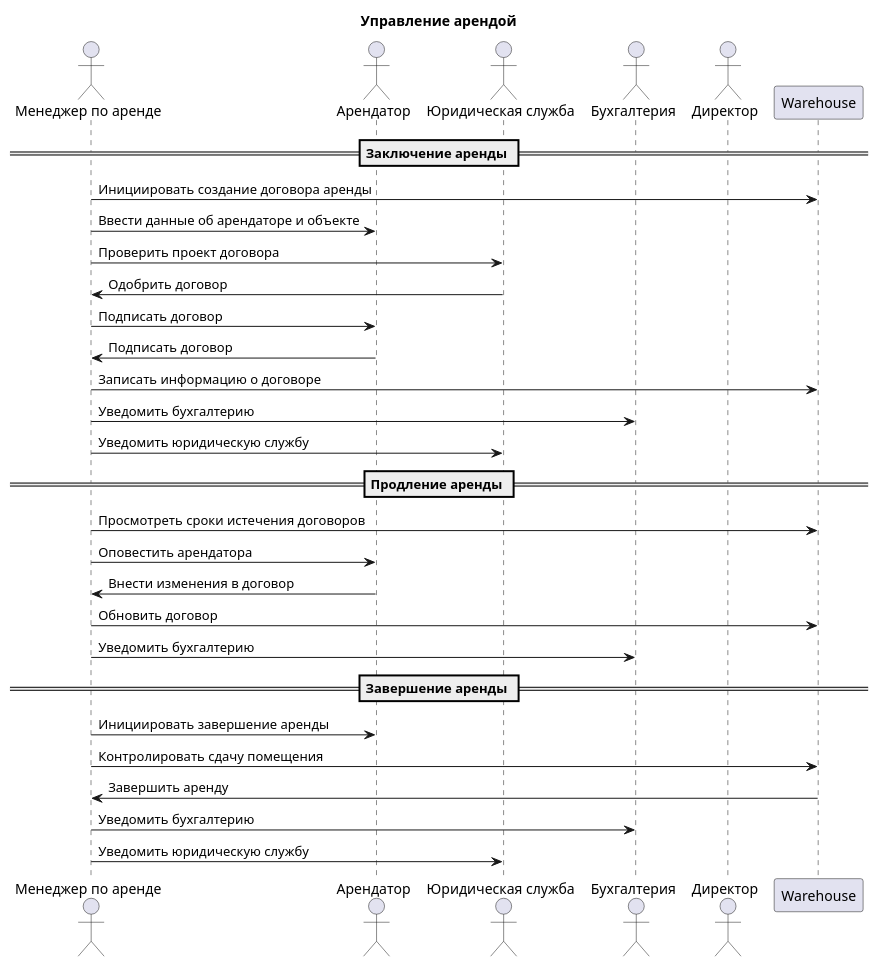
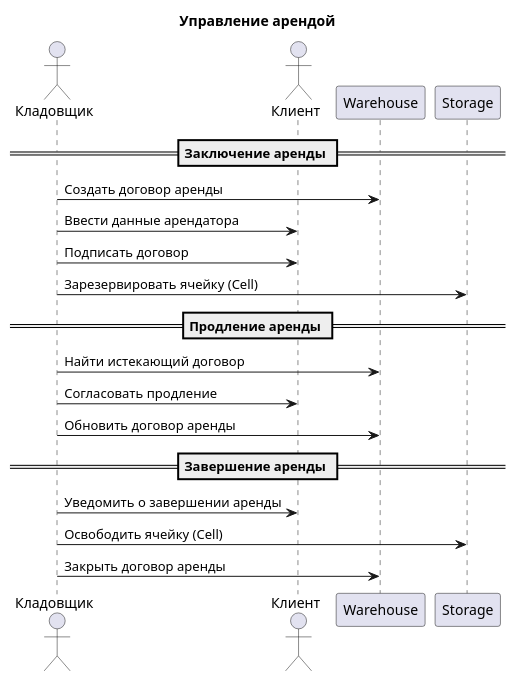
Before and after one commit to penamarth/bsbo-14-22_team5_var6: the diagram in Precedents/Управление арендой/Диаграмма последовательности.md, drawn with PlantUML. The commit also changed 4 other files, not shown here.

````diff
--- a/Precedents/Управление арендой/Диаграмма последовательности.md
+++ b/Precedents/Управление арендой/Диаграмма последовательности.md
@@ -1,37 +1,25 @@
-```plantuml
+```plantuml 
 @startuml
-actor "Менеджер по аренде" as leaseManager
-actor "Арендатор" as tenant
-actor "Юридическая служба" as legal
-actor "Бухгалтерия" as accounting
-actor "Директор" as director
+actor "Кладовщик" as warehouseManager
+actor "Клиент" as client
 
 title Управление арендой
 
 == Заключение аренды ==
-leaseManager -> Warehouse: Инициировать создание договора аренды
-leaseManager -> tenant: Ввести данные об арендаторе и объекте
-leaseManager -> legal: Проверить проект договора
-legal -> leaseManager: Одобрить договор
-leaseManager -> tenant: Подписать договор
-tenant -> leaseManager: Подписать договор
-leaseManager -> Warehouse: Записать информацию о договоре
-leaseManager -> accounting: Уведомить бухгалтерию
-leaseManager -> legal: Уведомить юридическую службу
+warehouseManager -> Warehouse: Создать договор аренды
+warehouseManager -> client: Ввести данные арендатора
+warehouseManager -> client: Подписать договор
+warehouseManager -> Storage: Зарезервировать ячейку (Cell)
 
 == Продление аренды ==
-leaseManager -> Warehouse: Просмотреть сроки истечения договоров
-leaseManager -> tenant: Оповестить арендатора
-tenant -> leaseManager: Внести изменения в договор
-leaseManager -> Warehouse: Обновить договор
-leaseManager -> accounting: Уведомить бухгалтерию
+warehouseManager -> Warehouse: Найти истекающий договор
+warehouseManager -> client: Согласовать продление
+warehouseManager -> Warehouse: Обновить договор аренды
 
 == Завершение аренды ==
-leaseManager -> tenant: Инициировать завершение аренды
-leaseManager -> Warehouse: Контролировать сдачу помещения
-Warehouse -> leaseManager: Завершить аренду
-leaseManager -> accounting: Уведомить бухгалтерию
-leaseManager -> legal: Уведомить юридическую службу
+warehouseManager -> client: Уведомить о завершении аренды
+warehouseManager -> Storage: Освободить ячейку (Cell)
+warehouseManager -> Warehouse: Закрыть договор аренды
 
 @enduml
 ```
````
